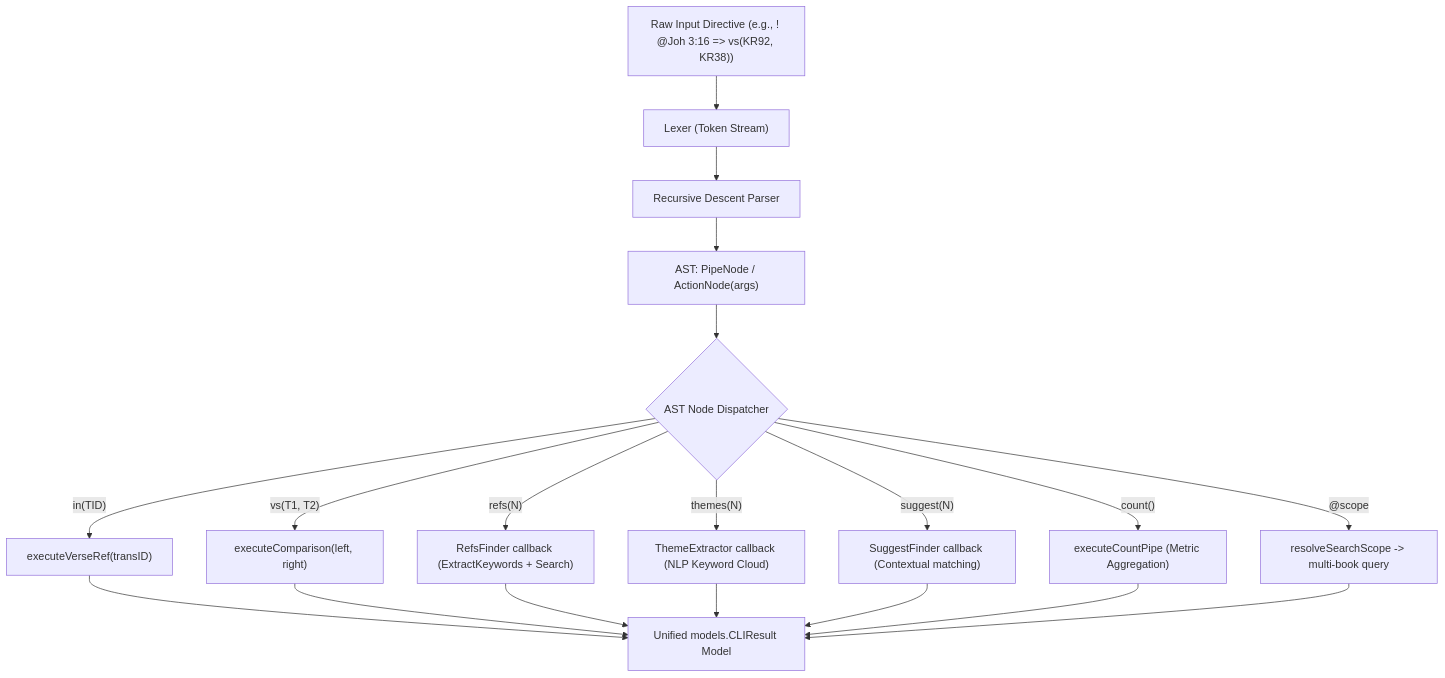
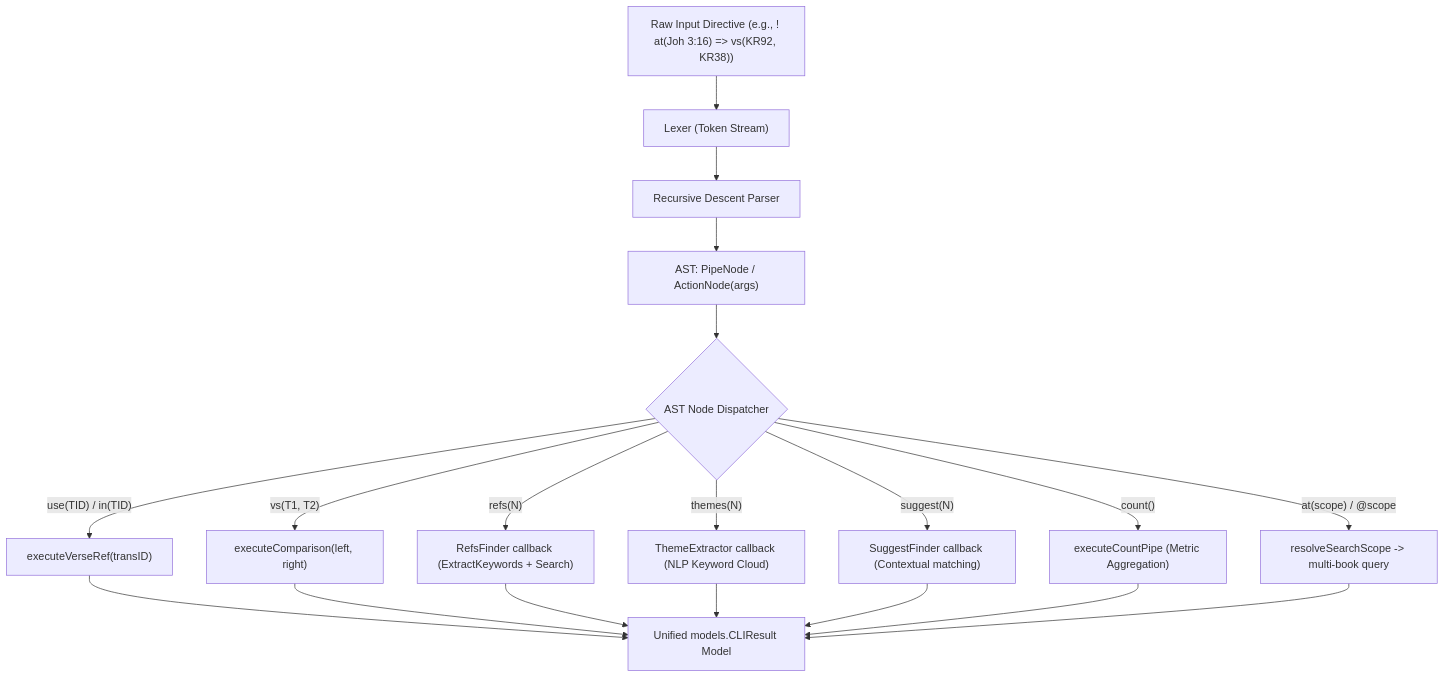
Before and after one commit to mvirtai/clible-v3-go: the second of 2 diagrams in pr_stories/070-feat-isla-functional-pipeline-and-smart-scopes.md, drawn with Mermaid. The commit also changed other lines of this file and 11 other files, not shown here.

````diff
--- a/pr_stories/070-feat-isla-functional-pipeline-and-smart-scopes.md
+++ b/pr_stories/070-feat-isla-functional-pipeline-and-smart-scopes.md
@@ -42,18 +43,18 @@
 ```mermaid
 flowchart TD
-    Raw["Raw Input Directive (e.g., ! @Joh 3:16 => vs(KR92, KR38))"] --> Lexer["Lexer (Token Stream)"]
+    Raw["Raw Input Directive (e.g., ! at(Joh 3:16) => vs(KR92, KR38))"] --> Lexer["Lexer (Token Stream)"]
     Lexer --> Parser["Recursive Descent Parser"]
     Parser --> AST["AST: PipeNode / ActionNode(args)"]
     
     AST --> Dispatcher{"AST Node Dispatcher"}
     
-    Dispatcher -->|"in(TID)"| TransExec["executeVerseRef(transID)"]
+    Dispatcher -->|"use(TID) / in(TID)"| TransExec["executeVerseRef(transID)"]
     Dispatcher -->|"vs(T1, T2)"| CompExec["executeComparison(left, right)"]
     Dispatcher -->|"refs(N)"| RefsExec["RefsFinder callback (ExtractKeywords + Search)"]
     Dispatcher -->|"themes(N)"| ThemesExec["ThemeExtractor callback (NLP Keyword Cloud)"]
     Dispatcher -->|"suggest(N)"| SuggExec["SuggestFinder callback (Contextual matching)"]
     Dispatcher -->|"count()"| CountExec["executeCountPipe (Metric Aggregation)"]
-    Dispatcher -->|"@scope"| ScopeExec["resolveSearchScope -> multi-book query"]
+    Dispatcher -->|"at(scope) / @scope"| ScopeExec["resolveSearchScope -> multi-book query"]
 
     TransExec & CompExec & RefsExec & ThemesExec & SuggExec & CountExec & ScopeExec --> UnifiedResult["Unified models.CLIResult Model"]
 ```
````
